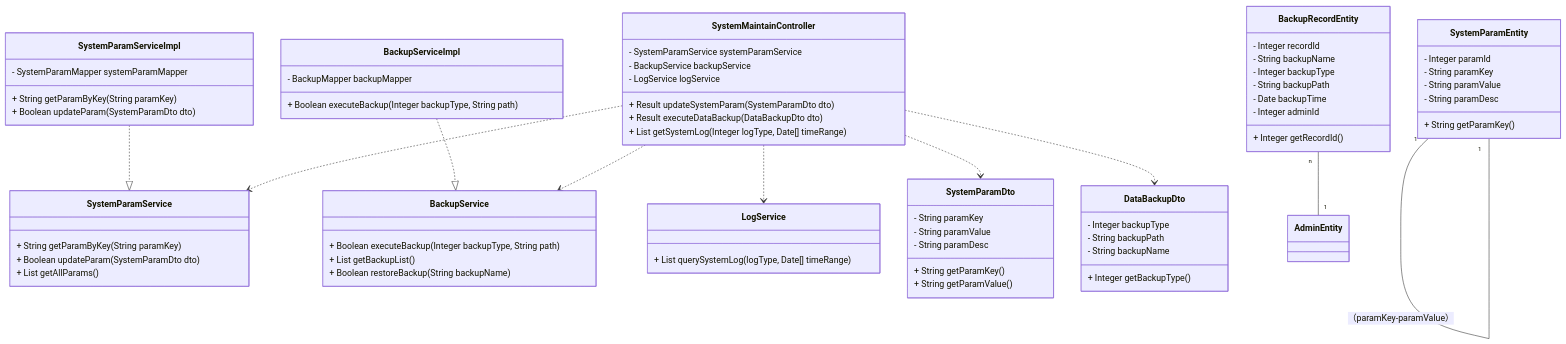
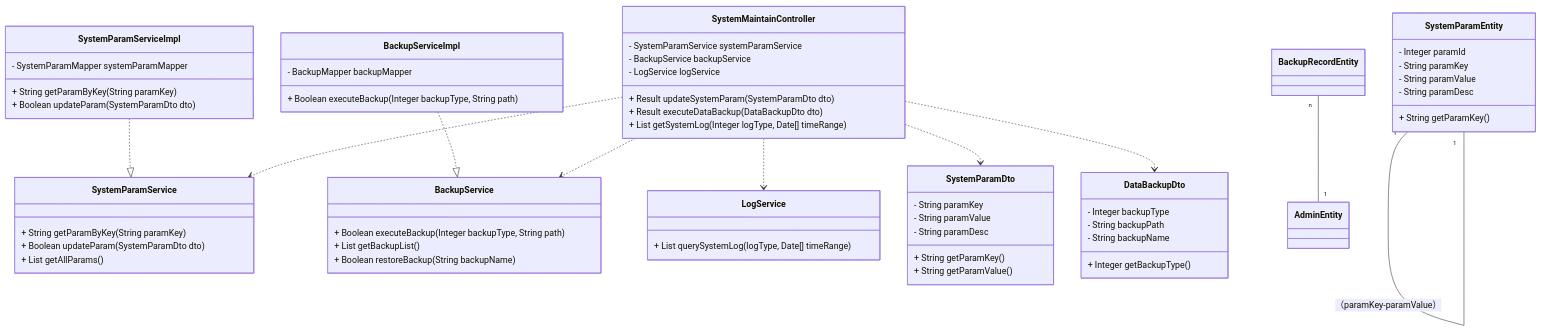
Before and after one commit to DEbalanceUX/iodraw-files: the diagram in all/未命名-2.md, drawn with Mermaid.

Commit message:
2025-12-11 14:59:27 update

```diff
--- a/all/未命名-2.md
+++ b/all/未命名-2.md
@@ -66,16 +66,7 @@
         + String getParamKey()
     }
 
-    class BackupRecordEntity {
-        - Integer recordId
-        - String backupName
-        - Integer backupType
-        - String backupPath
-        - Date backupTime
-        - Integer adminId
-        + Integer getRecordId()
-    }
-
+    
     
     class LogService {
         + List<SystemLogEntity> querySystemLog( logType, Date[] timeRange)
```
